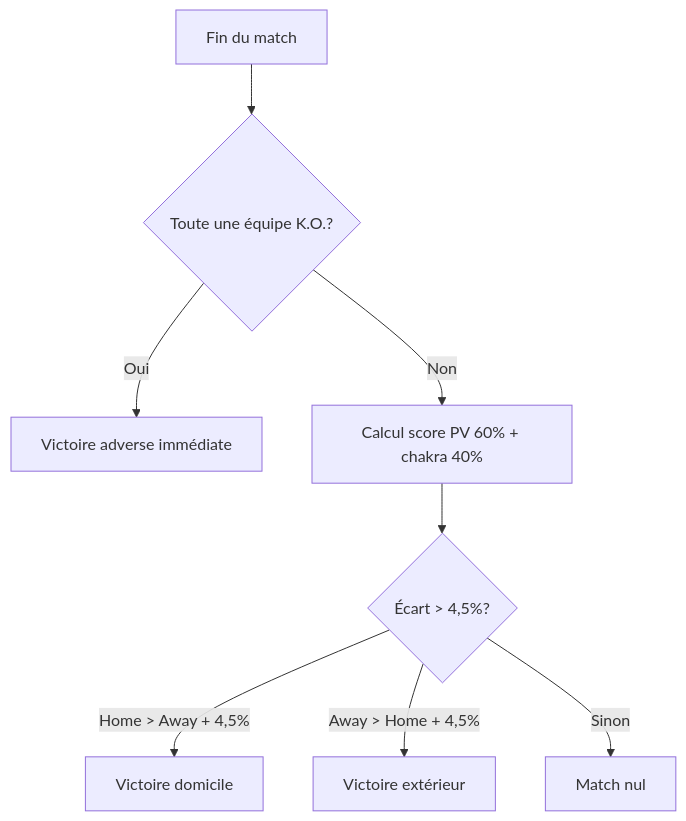
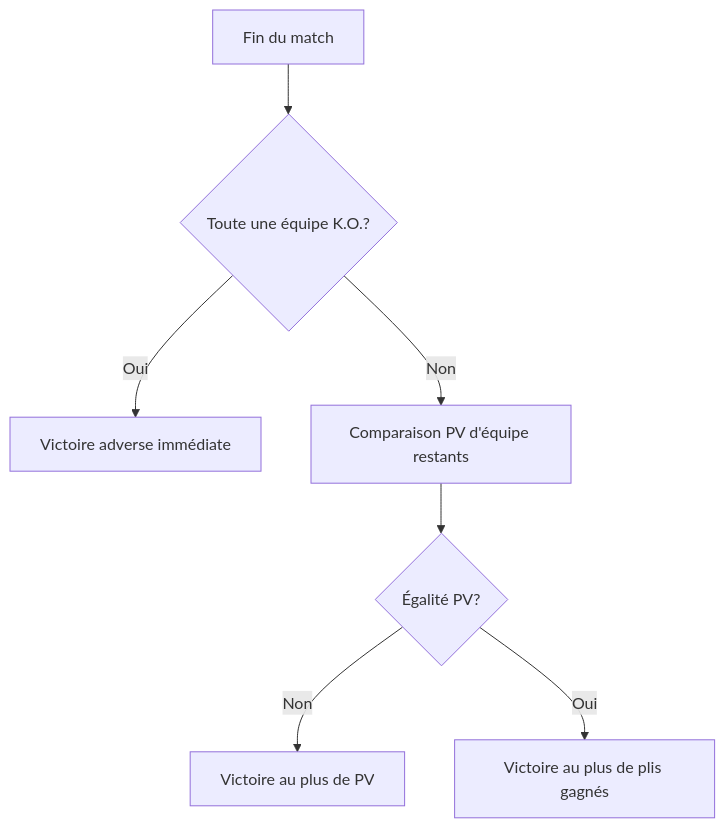
Before and after one commit to HozSensei/KageLegacy: the diagram in docs/game-design-reference.md, drawn with Mermaid. The commit also changed other lines of this file and 17 other files, not shown here.

````diff
--- a/docs/game-design-reference.md
+++ b/docs/game-design-reference.md
@@ -378,10 +362,9 @@
 ```mermaid
 flowchart TD
     A[Fin du match] --> B{Toute une équipe K.O.?}
     B -->|Oui| C[Victoire adverse immédiate]
-    B -->|Non| D[Calcul score PV 60% + chakra 40%]
-    D --> E{Écart > 4,5%?}
-    E -->|Home > Away + 4,5%| F[Victoire domicile]
-    E -->|Away > Home + 4,5%| G[Victoire extérieur]
-    E -->|Sinon| H[Match nul]
+    B -->|Non| D[Comparaison PV d'équipe restants]
+    D --> E{Égalité PV?}
+    E -->|Non| F[Victoire au plus de PV]
+    E -->|Oui| G[Victoire au plus de plis gagnés]
 ```
````
